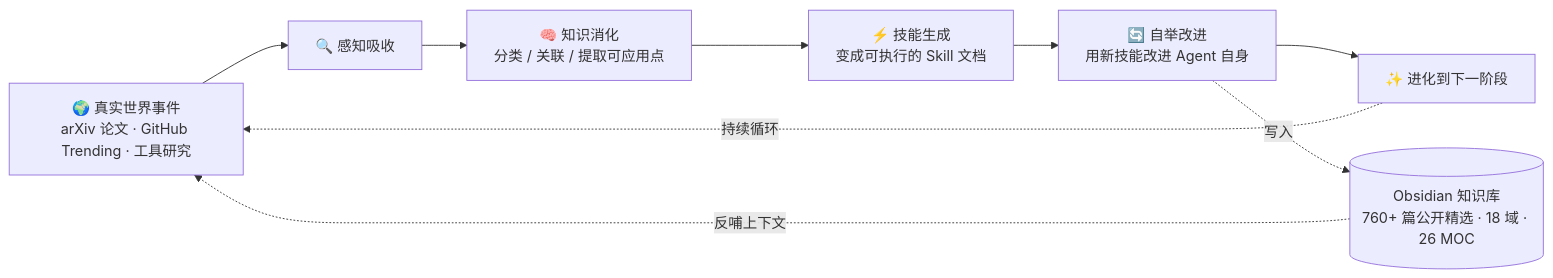
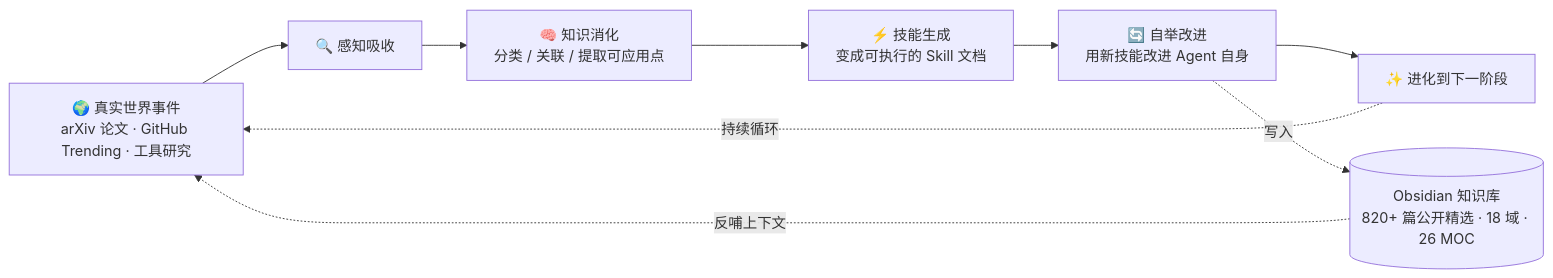
One commit to mo9652962-ai/second-brain changed the diagram in README.md. Above: the diagram before and after it, drawn with Mermaid. The commit also changed other lines of this file and 34 other files, not shown here.

````diff
--- a/README.md
+++ b/README.md
@@ -89,11 +89,11 @@
 ```mermaid
 graph LR
     A[🌍 真实世界事件<br/>arXiv 论文 · GitHub Trending · 工具研究] --> B[🔍 感知吸收]
     B --> C[🧠 知识消化<br/>分类 / 关联 / 提取可应用点]
     C --> D[⚡ 技能生成<br/>变成可执行的 Skill 文档]
     D --> E[🔄 自举改进<br/>用新技能改进 Agent 自身]
     E --> F[✨ 进化到下一阶段]
     F -. 持续循环 .-> A
-    E -. 写入 .-> G[(Obsidian 知识库<br/>760+ 篇公开精选 · 18 域 · 26 MOC)]
+    E -. 写入 .-> G[(Obsidian 知识库<br/>820+ 篇公开精选 · 18 域 · 26 MOC)]
     G -. 反哺上下文 .-> A
 ```
````
